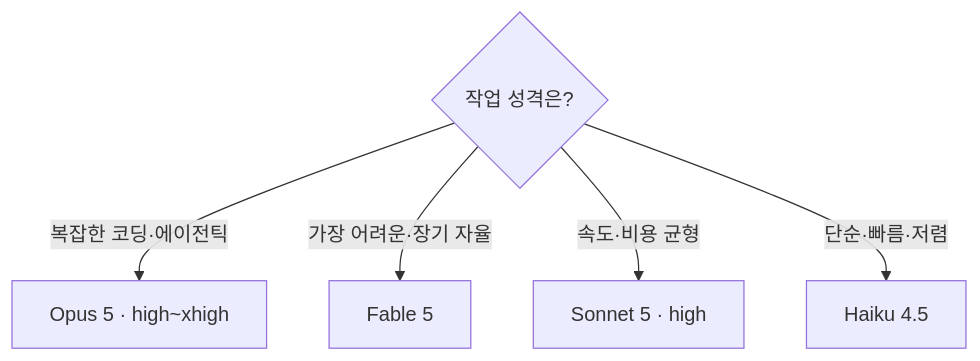
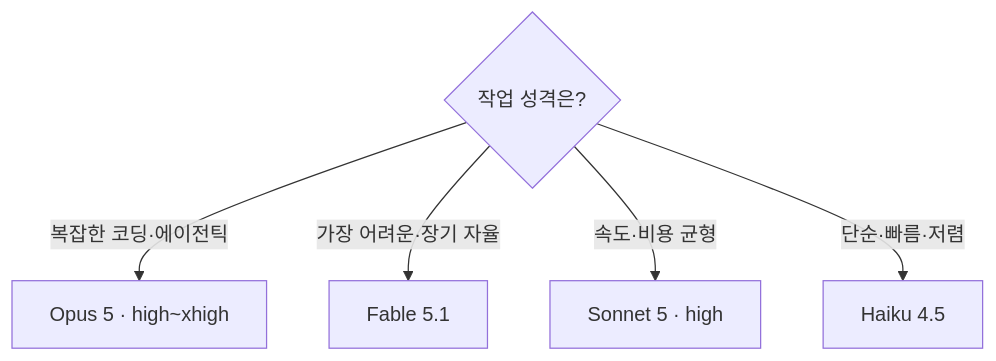
The diagram in content/03-models.md (lsszz2100/claude-code-master-class), drawn with Mermaid before and after one commit. The commit also changed other lines of this file and 6 other files, not shown here.

````diff
--- a/content/03-models.md
+++ b/content/03-models.md
@@ -120,8 +120,8 @@
 ```mermaid
 flowchart TD
     Q{"작업 성격은?"}
     Q -->|"복잡한 코딩·에이전틱"| O["Opus 5 · high~xhigh"]
-    Q -->|"가장 어려운·장기 자율"| F["Fable 5"]
+    Q -->|"가장 어려운·장기 자율"| F["Fable 5.1"]
     Q -->|"속도·비용 균형"| S["Sonnet 5 · high"]
     Q -->|"단순·빠름·저렴"| H["Haiku 4.5"]
 ```
````
